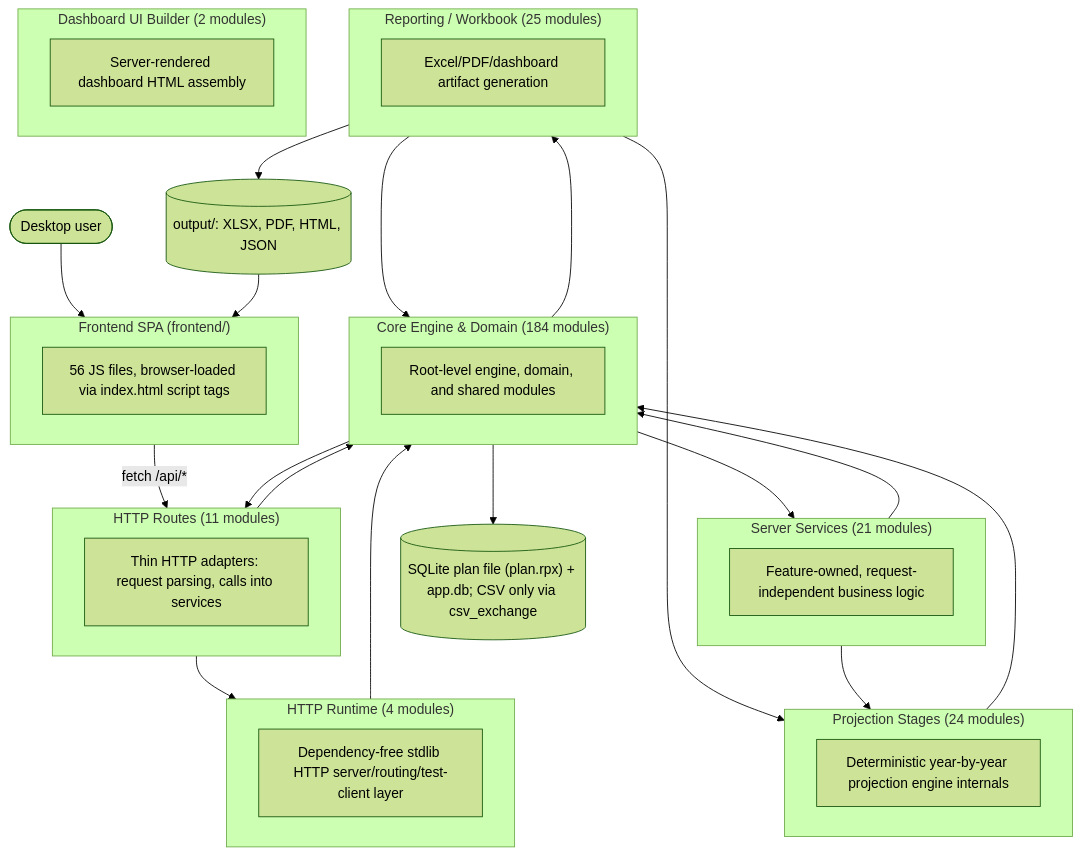
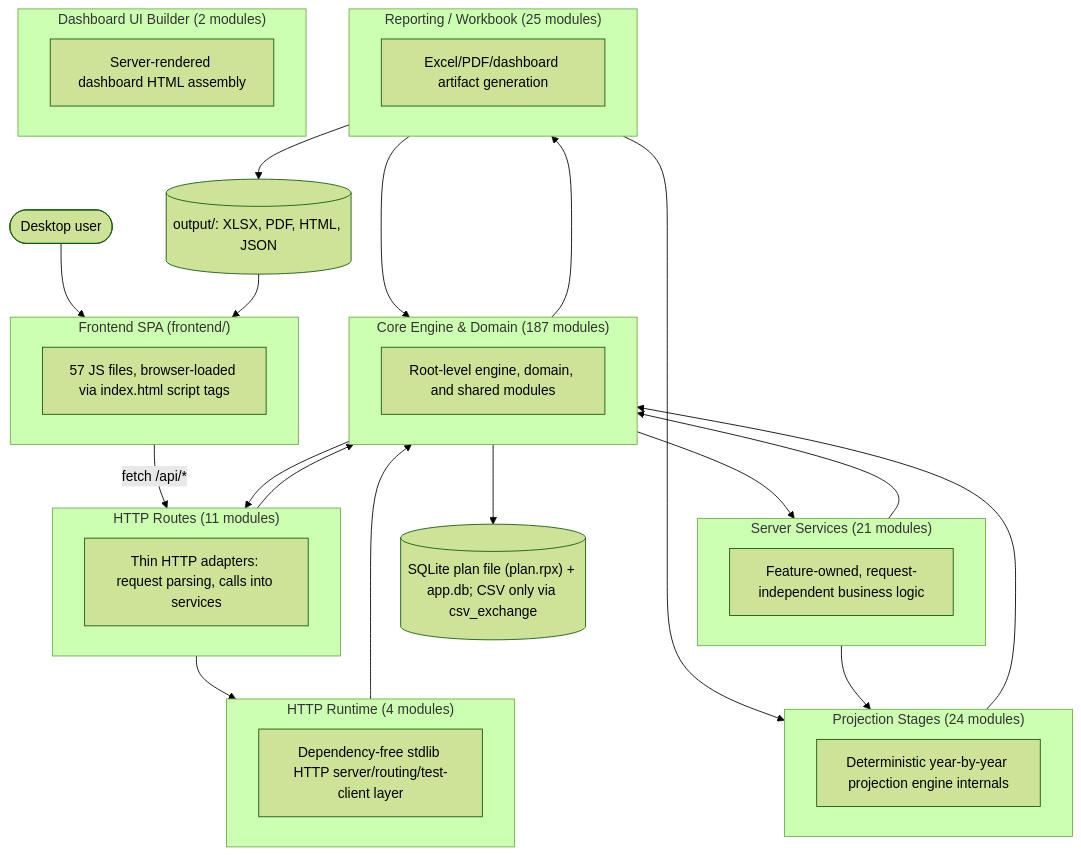
The first of 2 diagrams in documentation/reference/SYSTEM_ARCHITECTURE_DIAGRAM.md (matthartzman/retirement_system), drawn with Mermaid (forest theme) before and after one commit. The commit also changed other lines of this file and 33 other files, not shown here.

First line of the commit message:
Sales ledger Phase 1: schema, helpers, holdings-import diff, manual entry (#306)

````diff
--- a/documentation/reference/SYSTEM_ARCHITECTURE_DIAGRAM.md
+++ b/documentation/reference/SYSTEM_ARCHITECTURE_DIAGRAM.md
@@ -11,43 +11,43 @@
 ```mermaid
 flowchart TB
     User(["Desktop user"]) --> FE
     subgraph FE["Frontend SPA (frontend/)"]
-        FEcount["56 JS files, browser-loaded via index.html script tags"]
+        FEcount["57 JS files, browser-loaded via index.html script tags"]
     end
     FE -->|fetch /api/*| L_HTTP_Routes
     subgraph L_HTTP_Routes["HTTP Routes (11 modules)"]
         L_HTTP_Routes_d["Thin HTTP adapters: request parsing, calls into services"]
     end
     subgraph L_Server_Services["Server Services (21 modules)"]
         L_Server_Services_d["Feature-owned, request-independent business logic"]
     end
     subgraph L_HTTP_Runtime["HTTP Runtime (4 modules)"]
         L_HTTP_Runtime_d["Dependency-free stdlib HTTP server/routing/test-client layer"]
     end
-    subgraph L_Core_Engine___Domain["Core Engine & Domain (184 modules)"]
+    subgraph L_Core_Engine___Domain["Core Engine & Domain (187 modules)"]
         L_Core_Engine___Domain_d["Root-level engine, domain, and shared modules"]
     end
     subgraph L_Projection_Stages["Projection Stages (24 modules)"]
         L_Projection_Stages_d["Deterministic year-by-year projection engine internals"]
     end
     subgraph L_Reporting___Workbook["Reporting / Workbook (25 modules)"]
         L_Reporting___Workbook_d["Excel/PDF/dashboard artifact generation"]
     end
     subgraph L_Dashboard_UI_Builder["Dashboard UI Builder (2 modules)"]
         L_Dashboard_UI_Builder_d["Server-rendered dashboard HTML assembly"]
     end
     L_Core_Engine___Domain --> L_HTTP_Routes
     L_Core_Engine___Domain --> L_Reporting___Workbook
     L_Core_Engine___Domain --> L_Server_Services
     L_HTTP_Routes --> L_Core_Engine___Domain
     L_HTTP_Routes --> L_HTTP_Runtime
     L_HTTP_Runtime --> L_Core_Engine___Domain
     L_Projection_Stages --> L_Core_Engine___Domain
     L_Reporting___Workbook --> L_Core_Engine___Domain
     L_Reporting___Workbook --> L_Projection_Stages
     L_Server_Services --> L_Core_Engine___Domain
     L_Server_Services --> L_Projection_Stages
     L_Core_Engine___Domain --> DB[("SQLite plan file (plan.rpx) + app.db; CSV only via csv_exchange")]
     L_Reporting___Workbook --> Outputs[("output/: XLSX, PDF, HTML, JSON")]
     Outputs --> FE
 ```
````
